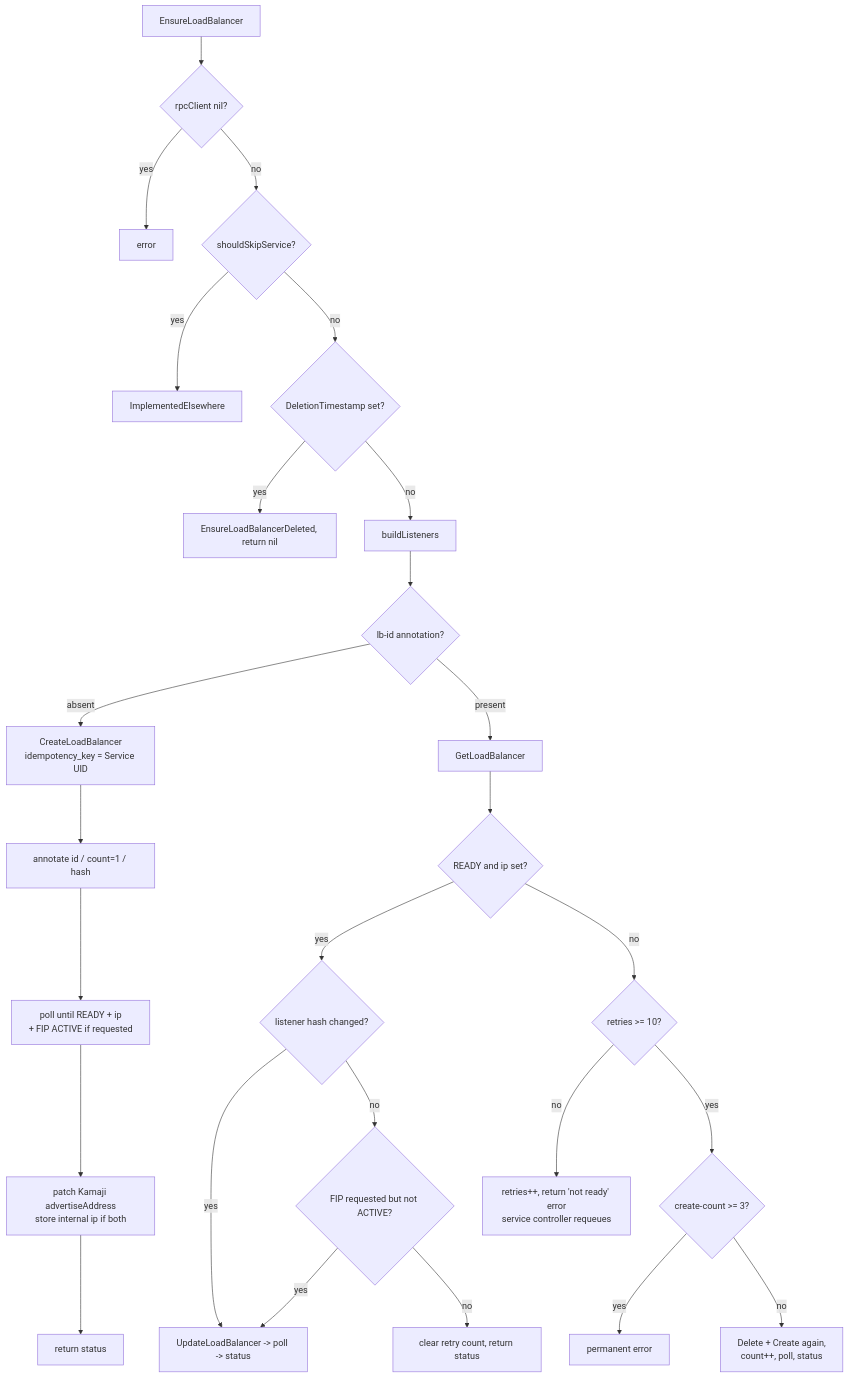
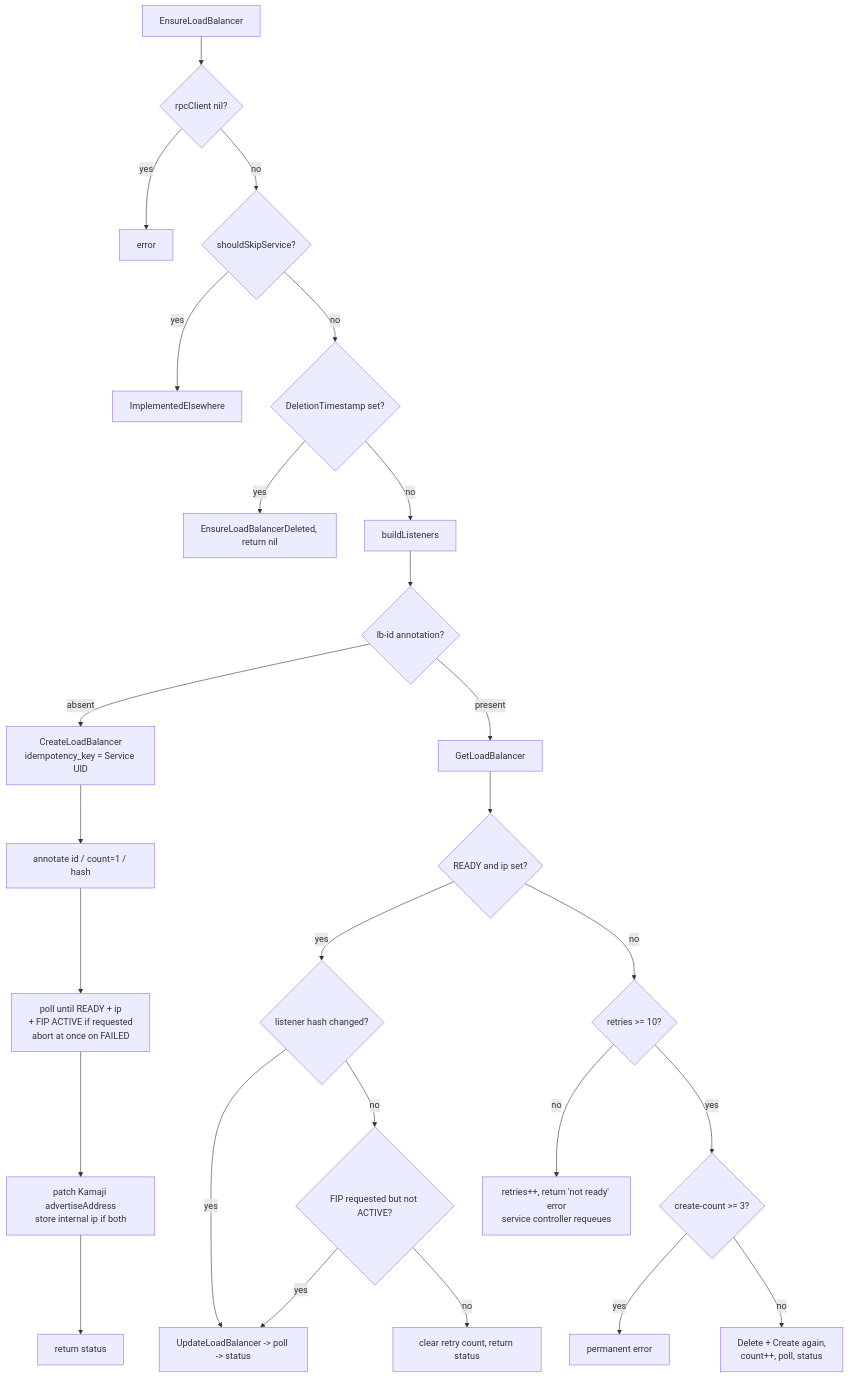
Before and after one commit to kube-virt/cloud-provider-kubevirt: the second of 2 diagrams in docs/architecture.md, drawn with Mermaid. The commit also changed other lines of this file and 7 other files, not shown here.

````diff
--- a/docs/architecture.md
+++ b/docs/architecture.md
@@ -204,28 +204,28 @@
 ```mermaid
 flowchart TD
   A[EnsureLoadBalancer] --> B{rpcClient nil?}
   B -->|yes| Berr[error]
   B -->|no| C{shouldSkipService?}
   C -->|yes| Cskip[ImplementedElsewhere]
   C -->|no| D{DeletionTimestamp set?}
   D -->|yes| Ddel[EnsureLoadBalancerDeleted, return nil]
   D -->|no| E[buildListeners]
   E --> F{lb-id annotation?}
   F -->|absent| G[CreateLoadBalancer<br/>idempotency_key = Service UID]
   G --> H[annotate id / count=1 / hash]
-  H --> I[poll until READY + ip<br/>+ FIP ACTIVE if requested]
+  H --> I[poll until READY + ip<br/>+ FIP ACTIVE if requested<br/>abort at once on FAILED]
   I --> J[patch Kamaji advertiseAddress<br/>store internal ip if both]
   J --> K[return status]
   F -->|present| L[GetLoadBalancer]
   L --> M{READY and ip set?}
   M -->|yes| N{listener hash changed?}
   N -->|yes| O[UpdateLoadBalancer -> poll -> status]
   N -->|no| P{FIP requested but not ACTIVE?}
   P -->|yes| O
   P -->|no| Q[clear retry count, return status]
   M -->|no| R{retries >= 10?}
   R -->|no| S[retries++, return 'not ready' error<br/>service controller requeues]
   R -->|yes| T{create-count >= 3?}
   T -->|yes| Terr[permanent error]
   T -->|no| U[Delete + Create again,<br/>count++, poll, status]
 ```
````
